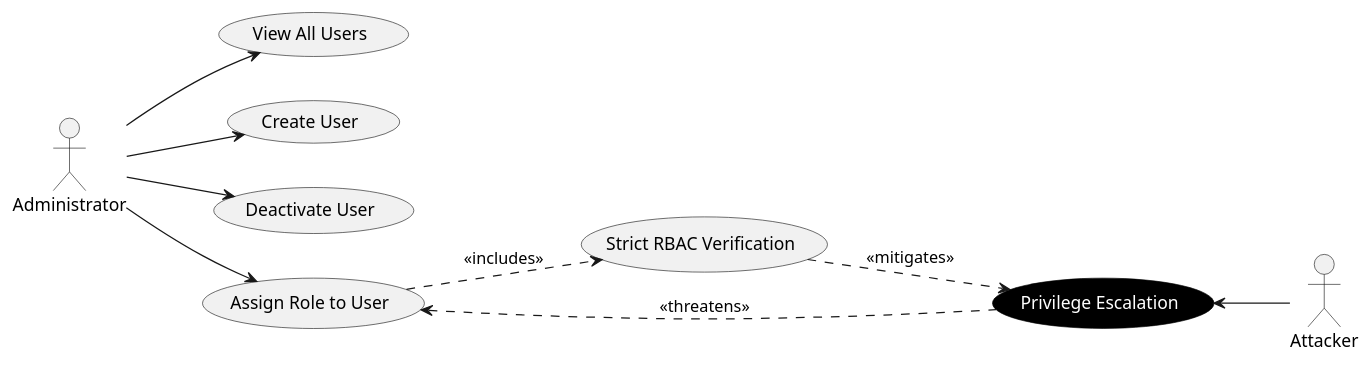
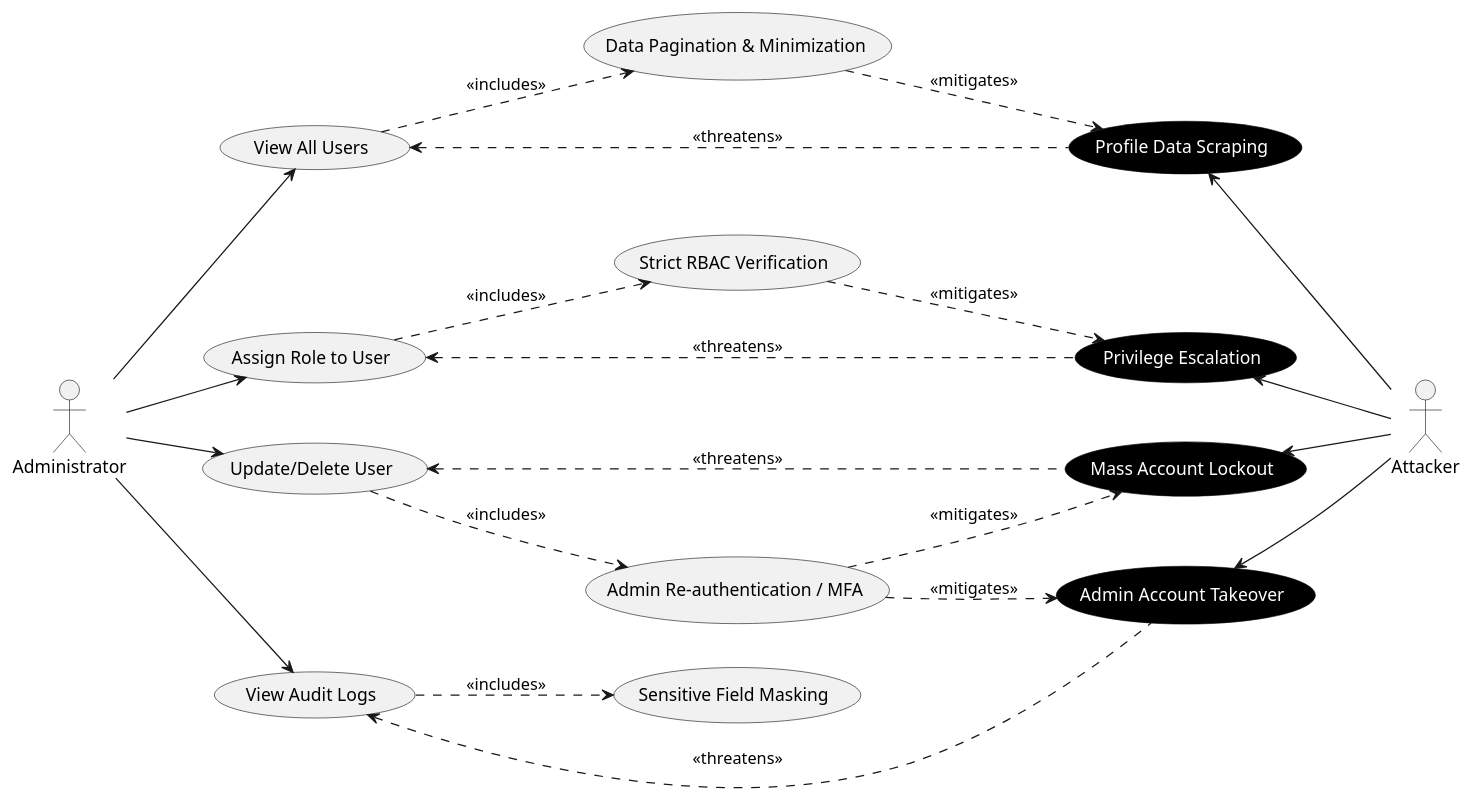
Before and after one commit to mei-desofs/desofs2026_thu_ffs_2: the diagram in Phase1/images/abuse-cases/administration/administration-abuse-case.puml, drawn with PlantUML. The commit also changed 13 other files, not shown here.

Commit message:
G - #6 - Update abuse case diagrams

```diff
--- a/Phase1/images/abuse-cases/administration/administration-abuse-case.puml
+++ b/Phase1/images/abuse-cases/administration/administration-abuse-case.puml
@@ -1,38 +1,54 @@
 @startuml
 left to right direction
-
 hide stereotype
 skinparam defaultTextAlignment center
 
 skinparam usecase {
     BackgroundColor<<Abuse>> Black
     FontColor<<Abuse>> White
     BorderColor<<Abuse>> Black
 }
 
 actor "Administrator" as Admin
 actor "Attacker" as Attacker
 
-usecase "View All Users" as UC_ViewUsers
-usecase "Create User" as UC_CreateUser
-usecase "Deactivate User" as UC_DeactivateUser
-usecase "Assign Role to User" as UC_AssignRole
+usecase "View All Users" as UC_View
+usecase "Assign Role to User" as UC_Assign
+usecase "Update/Delete User" as UC_Delete
+usecase "View Audit Logs" as UC_Audit
 
 usecase "Strict RBAC Verification" as UC_RBAC
+usecase "Data Pagination & Minimization" as UC_Pagination
+usecase "Admin Re-authentication / MFA" as UC_ReAuth
+usecase "Sensitive Field Masking" as UC_Masking
 
-usecase "Privilege Escalation" as AC_Escalation <<Abuse>>
+usecase "Privilege Escalation" as AC_Privilege <<Abuse>>
+usecase "Profile Data Scraping" as AC_Scraping <<Abuse>>
+usecase "Mass Account Lockout" as AC_Lockout <<Abuse>>
+usecase "Admin Account Takeover" as AC_Takeover <<Abuse>>
 
-Admin --> UC_ViewUsers
-Admin --> UC_CreateUser
-Admin --> UC_DeactivateUser
-Admin --> UC_AssignRole
+Admin --> UC_View
+Admin --> UC_Assign
+Admin --> UC_Delete
+Admin --> UC_Audit
 
-UC_AssignRole ..> UC_RBAC : <<includes>>
+UC_Assign ..> UC_RBAC : <<includes>>
+UC_Delete ..> UC_ReAuth : <<includes>>
+UC_View ..> UC_Pagination : <<includes>>
+UC_Audit ..> UC_Masking : <<includes>>
 
-UC_RBAC ..> AC_Escalation : <<mitigates>>
+UC_RBAC ..> AC_Privilege : <<mitigates>>
+UC_Pagination ..> AC_Scraping : <<mitigates>>
+UC_ReAuth ..> AC_Lockout : <<mitigates>>
+UC_ReAuth ..> AC_Takeover : <<mitigates>>
 
-UC_AssignRole <.. AC_Escalation : <<threatens>>
+UC_Assign <.. AC_Privilege : <<threatens>>
+UC_View <.. AC_Scraping : <<threatens>>
+UC_Delete <.. AC_Lockout : <<threatens>>
+UC_Audit <.. AC_Takeover : <<threatens>>
 
-AC_Escalation <-- Attacker
-
+AC_Privilege <-- Attacker
+AC_Scraping <-- Attacker
+AC_Lockout <-- Attacker
+AC_Takeover <-- Attacker
 @enduml
```
